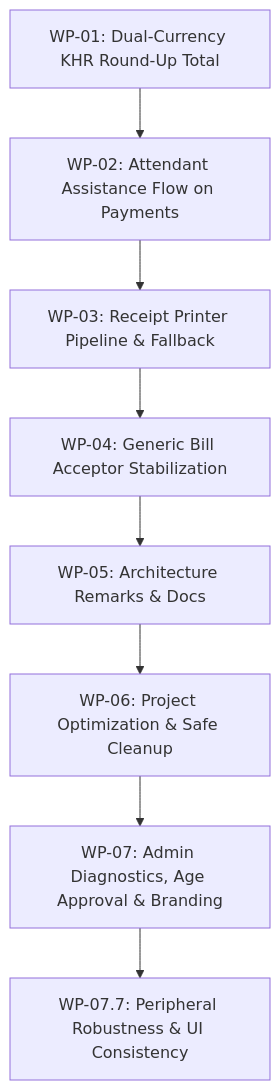
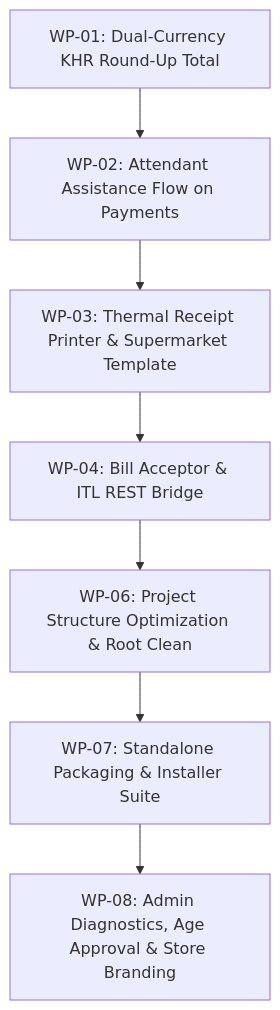
The diagram in ENGINEERING_TASKS.md (Thylyyong/testingCashRecycling), drawn with Mermaid before and after one commit. The commit also changed other lines of this file and 1 other file, not shown here.

Commit message:
docs(tasks): update ENGINEERING_TASKS.md and tracker.md with WP-07/08 completion & distribution packaging

````diff
--- a/ENGINEERING_TASKS.md
+++ b/ENGINEERING_TASKS.md
@@ -178,10 +176,9 @@
 ```mermaid
 graph TD
     A["WP-01: Dual-Currency KHR Round-Up Total"] --> B["WP-02: Attendant Assistance Flow on Payments"]
-    B --> C["WP-03: Receipt Printer Pipeline & Fallback"]
-    C --> D["WP-04: Generic Bill Acceptor Stabilization"]
-    D --> E["WP-05: Architecture Remarks & Docs"]
-    E --> F["WP-06: Project Optimization & Safe Cleanup"]
-    F --> G["WP-07: Admin Diagnostics, Age Approval & Branding"]
-    G --> H["WP-07.7: Peripheral Robustness & UI Consistency"]
+    B --> C["WP-03: Thermal Receipt Printer & Supermarket Template"]
+    C --> D["WP-04: Bill Acceptor & ITL REST Bridge"]
+    D --> E["WP-06: Project Structure Optimization & Root Clean"]
+    E --> F["WP-07: Standalone Packaging & Installer Suite"]
+    F --> G["WP-08: Admin Diagnostics, Age Approval & Store Branding"]
 ```
````
